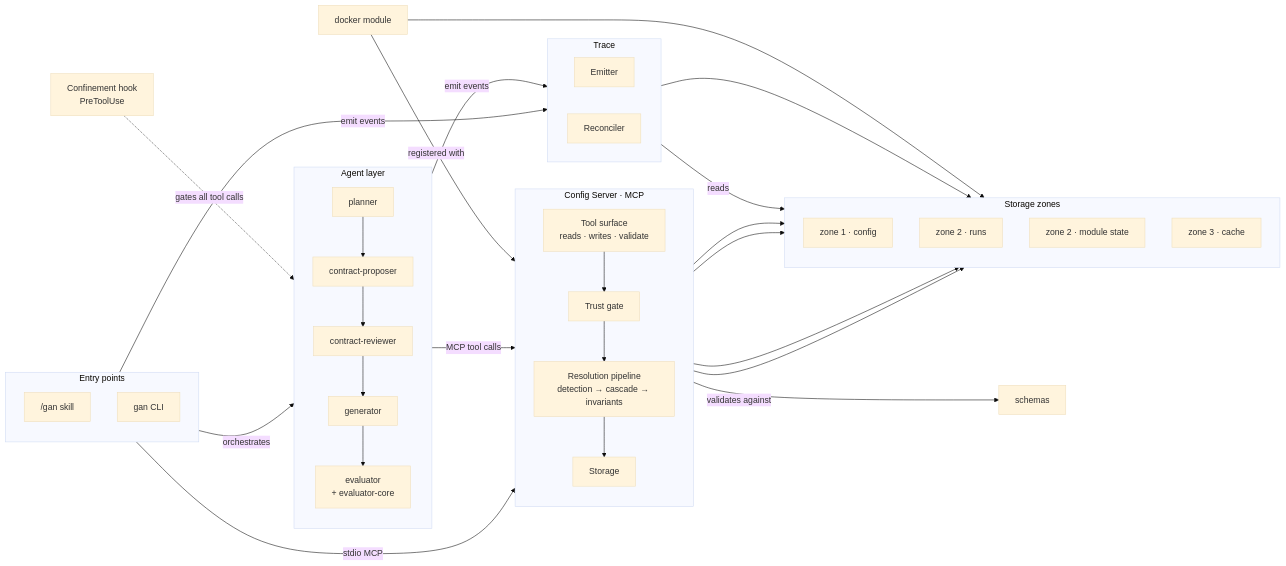
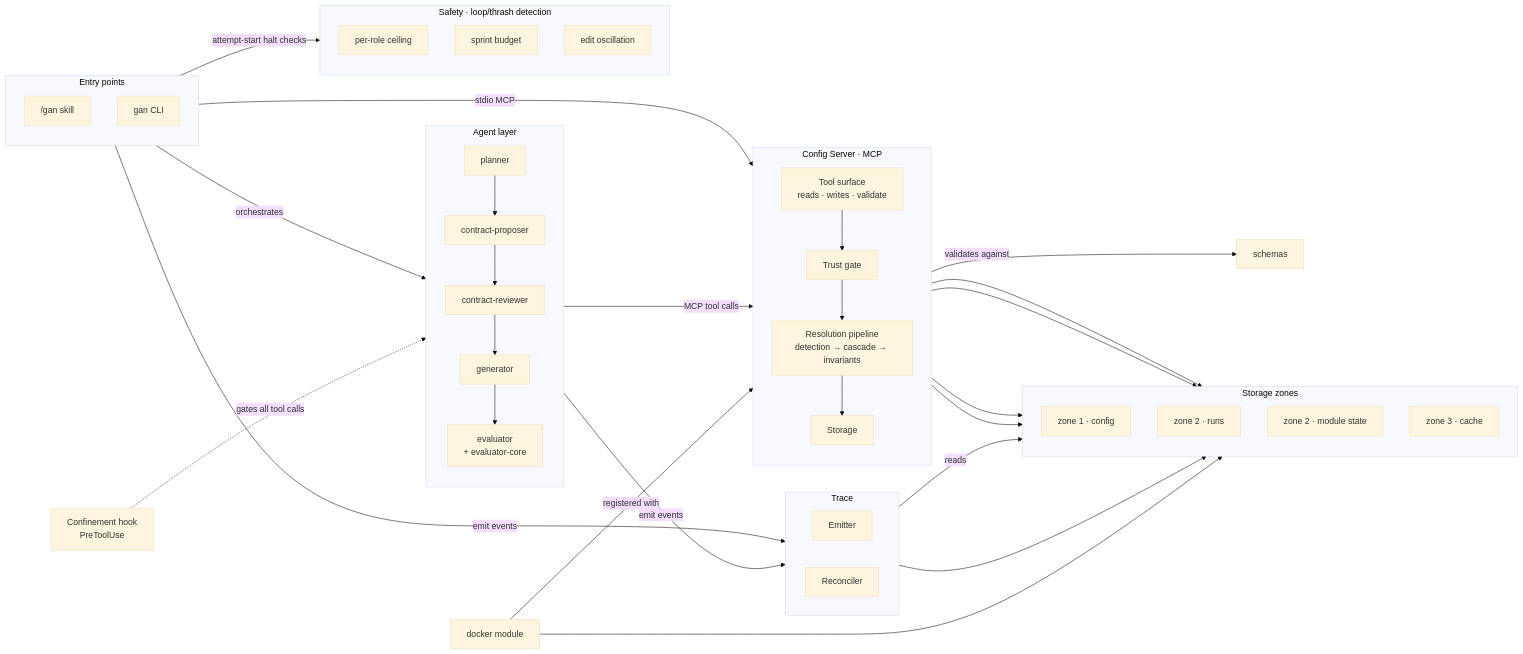
Before and after one commit to Thomas-AppForceOne/ClaudeAgents: the first of 4 diagrams in documentation/system-overview.md, drawn with Mermaid (base theme). The commit also changed other lines of this file and 36 other files, not shown here.

First line of the commit message:
A1: loop & thrash detection (#27)

````diff
--- a/documentation/system-overview.md
+++ b/documentation/system-overview.md
@@ -8,54 +8,62 @@
 ```mermaid
 flowchart LR
     subgraph ENTRY["Entry points"]
         direction TB
         SKILL["/gan skill"]
         CLI["gan CLI"]
     end
 
     HOOK["Confinement hook\nPreToolUse"]
 
     subgraph AL["Agent layer"]
         direction TB
         PL["planner"] --> CP["contract-proposer"] --> CR["contract-reviewer"] --> GN["generator"] --> EV["evaluator\n+ evaluator-core"]
     end
 
     subgraph CS["Config Server · MCP"]
         direction TB
         MT["Tool surface\nreads · writes · validate"]
         TG["Trust gate"]
         RP["Resolution pipeline\ndetection → cascade → invariants"]
         ST["Storage"]
         MT --> TG --> RP --> ST
     end
 
     SCH["schemas"]
     DK["docker module"]
 
     subgraph TR["Trace"]
         direction LR
         EM["Emitter"]
         RC["Reconciler"]
     end
 
+    subgraph SF["Safety · loop/thrash detection"]
+        direction TB
+        S1["per-role ceiling"]
+        S2["sprint budget"]
+        S3["edit oscillation"]
+    end
+
     subgraph ZN["Storage zones"]
         direction TB
         Z1["zone 1 · config"]
         Z2R["zone 2 · runs"]
         Z2M["zone 2 · module state"]
         Z3["zone 3 · cache"]
     end
 
     SKILL      -->|"orchestrates"| AL
     CLI        -->|"stdio MCP"| MT
     HOOK      -.->|"gates all tool calls"| AL
     AL         -->|"MCP tool calls"| MT
     DK         -->|"registered with"| MT
     RP         -->|"validates against"| SCH
     ST         --> Z1 & Z2R & Z2M & Z3
     SKILL      -->|"emit events"| EM
     AL         -->|"emit events"| EM
     EM         --> Z2R
     RC         -->|"reads"| Z2R
     DK         --> Z2M
+    SKILL      -->|"attempt-start halt checks"| SF
 ```
````
